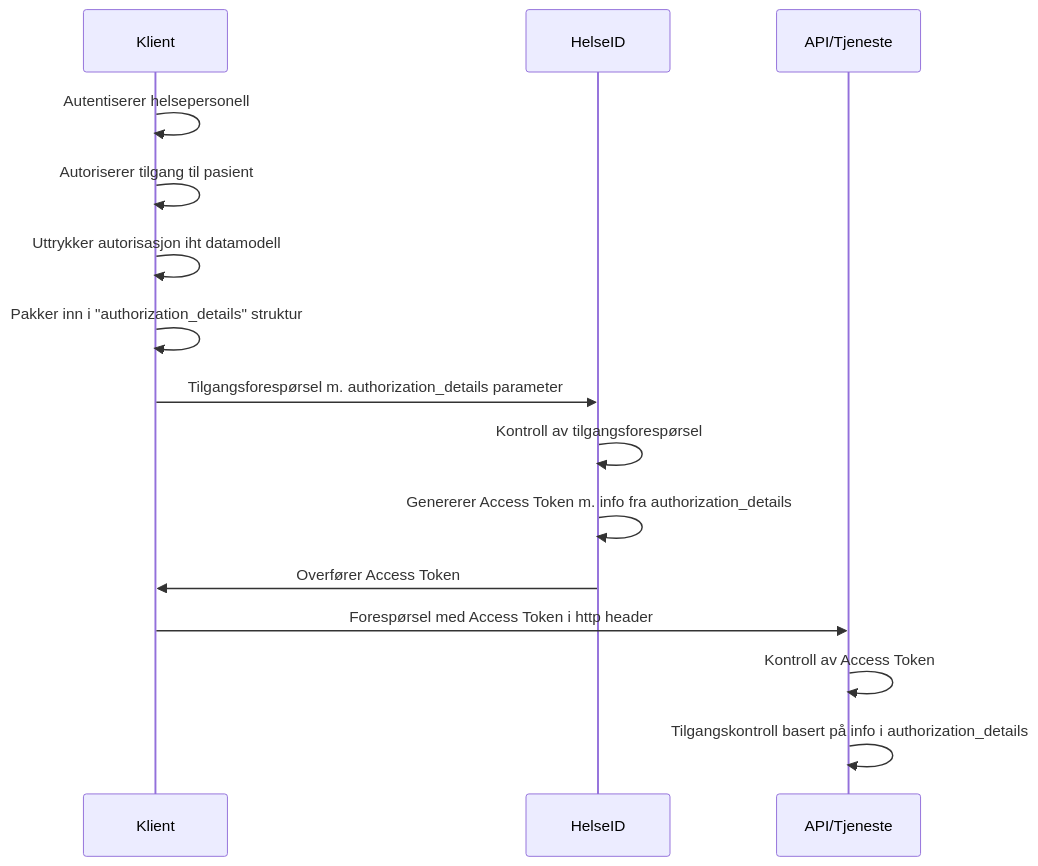
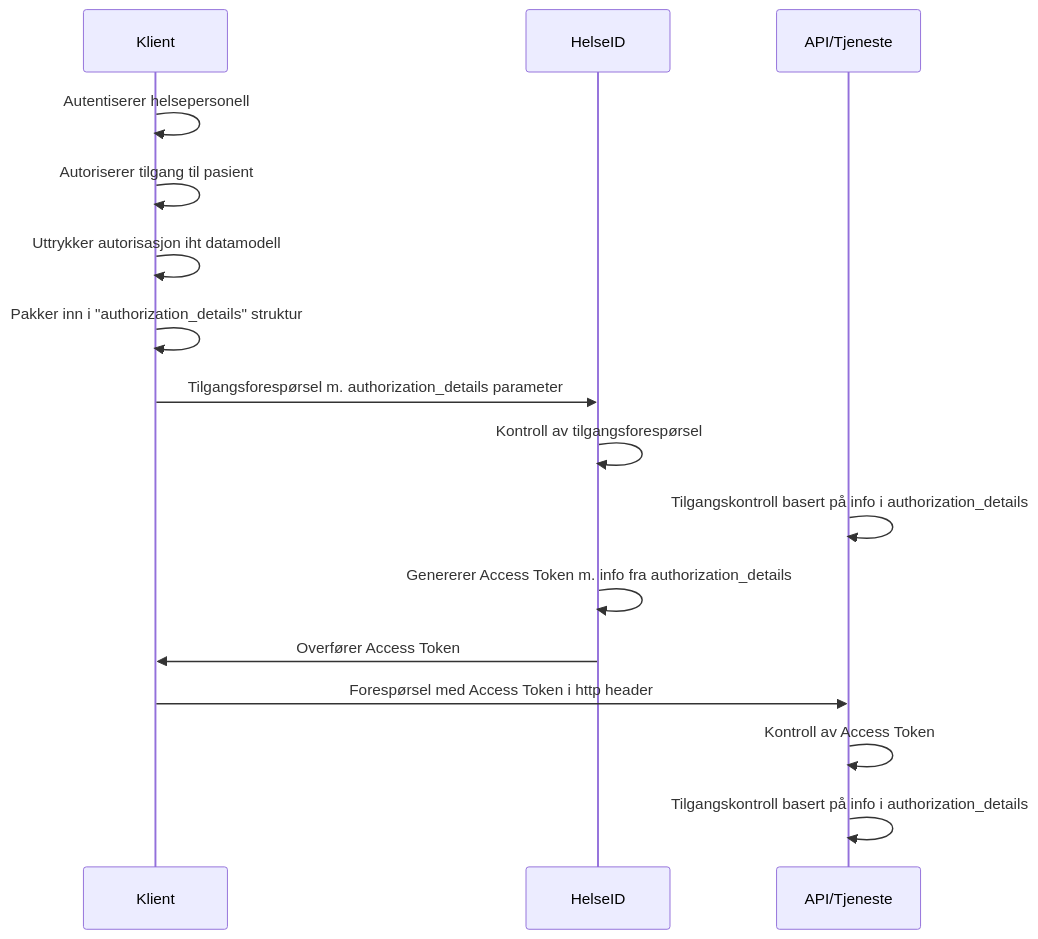
One commit to NorskHelsenett/Tillitsrammeverk changed the diagram in specs/profil_for_authorization_details.md. Above: the diagram before and after it, drawn with Mermaid.

````diff
--- a/specs/profil_for_authorization_details.md
+++ b/specs/profil_for_authorization_details.md
@@ -58,15 +58,16 @@
 ```mermaid
 sequenceDiagram
 	Klient->>Klient: Autentiserer helsepersonell
 	Klient->>Klient: Autoriserer tilgang til pasient
 	Klient->>Klient: Uttrykker autorisasjon iht datamodell
 	Klient->>Klient: Pakker inn i "authorization_details" struktur
 	Klient->>HelseID: Tilgangsforespørsel m. authorization_details parameter
 	HelseID->>HelseID: Kontroll av tilgangsforespørsel
+	API/Tjeneste->>API/Tjeneste: Tilgangskontroll basert på info i authorization_details
 	HelseID->>HelseID: Genererer Access Token m. info fra authorization_details
 	HelseID->>Klient: Overfører Access Token
 	Klient->>API/Tjeneste: Forespørsel med Access Token i http header
 	API/Tjeneste->>API/Tjeneste: Kontroll av Access Token
 	API/Tjeneste->>API/Tjeneste: Tilgangskontroll basert på info i authorization_details
 
 ```
````
